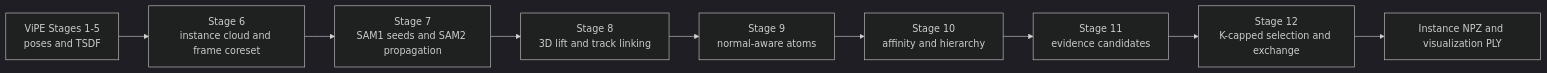
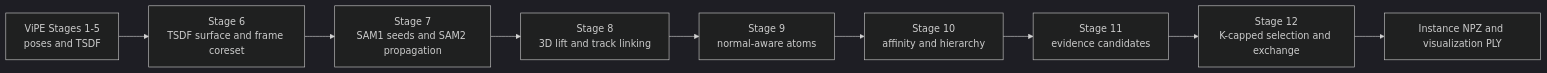
Before and after one commit to sadanand1120/vipe: the diagram in ALGORITHM.md, drawn with Mermaid (dark theme). The commit also changed other lines of this file and 14 other files, not shown here.

Commit message:
Integrate instance distillation with native TSDF surface

````diff
--- a/ALGORITHM.md
+++ b/ALGORITHM.md
@@ -7,11 +7,11 @@
 ```mermaid
 flowchart LR
-    V[ViPE Stages 1-5<br/>poses and TSDF] --> S6[Stage 6<br/>instance cloud and frame coreset]
+    V[ViPE Stages 1-5<br/>poses and TSDF] --> S6[Stage 6<br/>TSDF surface and frame coreset]
     S6 --> S7[Stage 7<br/>SAM1 seeds and SAM2 propagation]
     S7 --> S8[Stage 8<br/>3D lift and track linking]
     S8 --> S9[Stage 9<br/>normal-aware atoms]
     S9 --> S10[Stage 10<br/>affinity and hierarchy]
     S10 --> S11[Stage 11<br/>evidence candidates]
     S11 --> S12[Stage 12<br/>K-capped selection and exchange]
     S12 --> O[Instance NPZ and visualization PLY]
 ```
````
